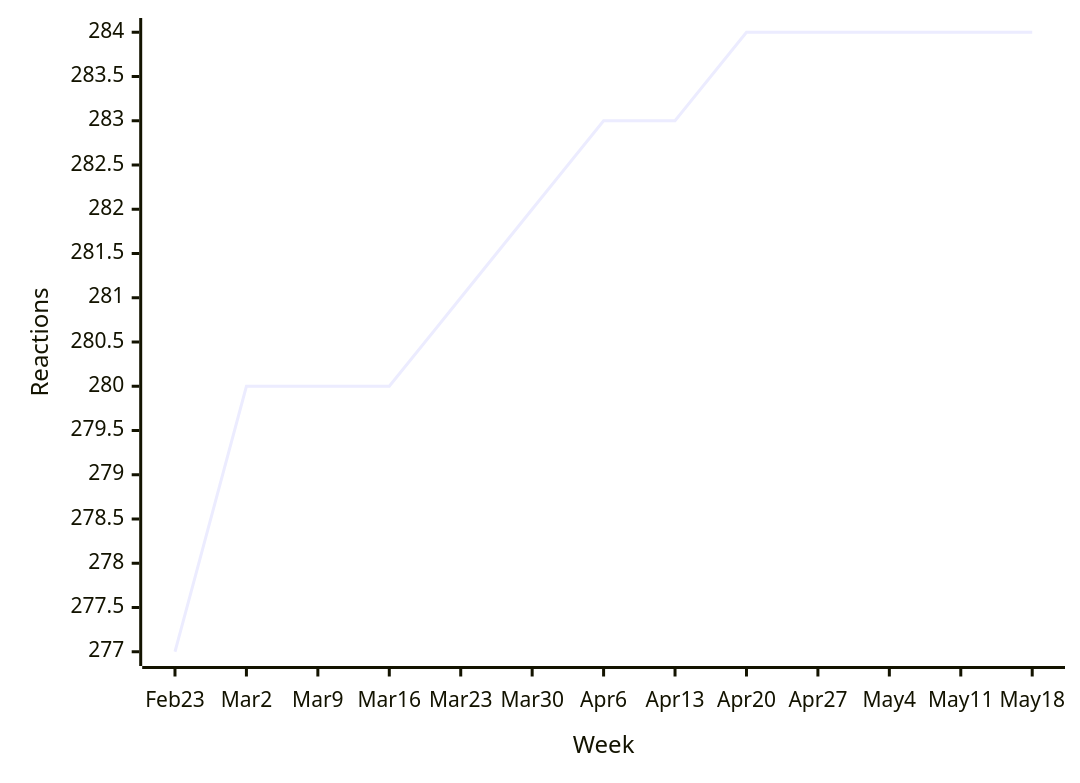
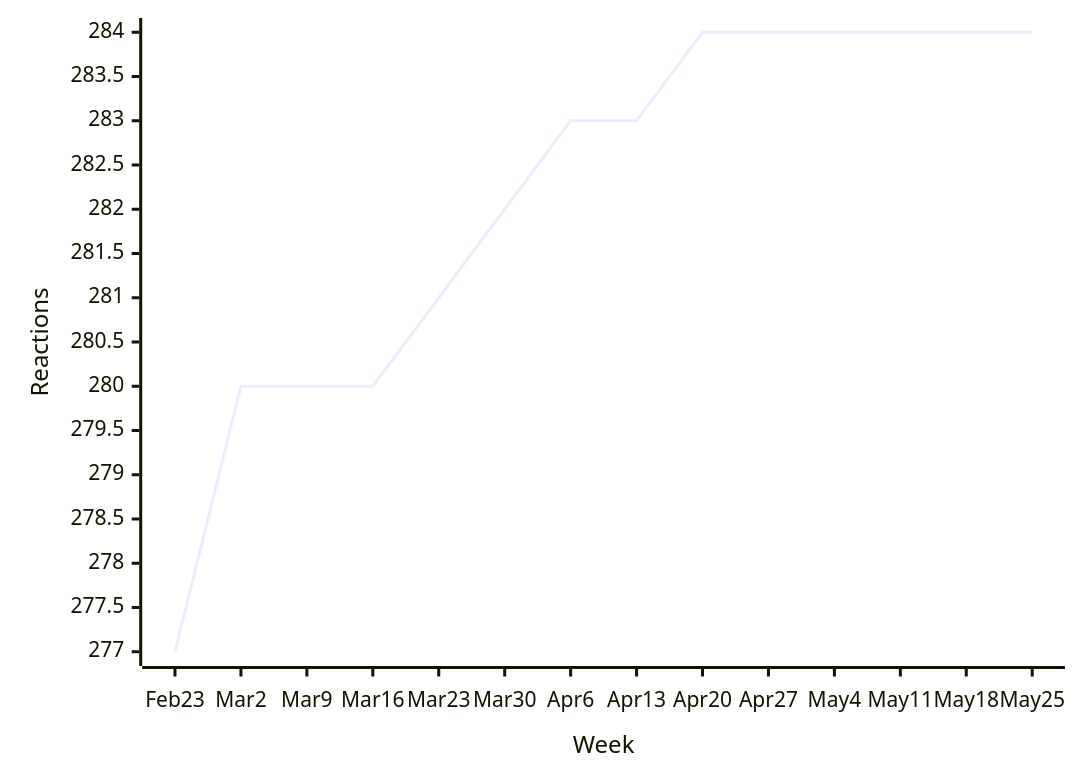
Before and after one commit to loic-sharma/github-insights: diagram 11 of 49 in README.md, drawn with Mermaid. The commit also changed other lines of this file and 3 other files, not shown here.

````diff
--- a/README.md
+++ b/README.md
@@ -509,6 +509,6 @@
   ```mermaid
   xychart-beta
-    x-axis "Week" [Feb 23, Mar 2, Mar 9, Mar 16, Mar 23, Mar 30, Apr 6, Apr 13, Apr 20, Apr 27, May 4, May 11, May 18]
+    x-axis "Week" [Feb 23, Mar 2, Mar 9, Mar 16, Mar 23, Mar 30, Apr 6, Apr 13, Apr 20, Apr 27, May 4, May 11, May 18, May 25]
     y-axis "Reactions"
-    line [277, 280, 280, 280, 281, 282, 283, 283, 284, 284, 284, 284, 284]
+    line [277, 280, 280, 280, 281, 282, 283, 283, 284, 284, 284, 284, 284, 284]
   ```
````
